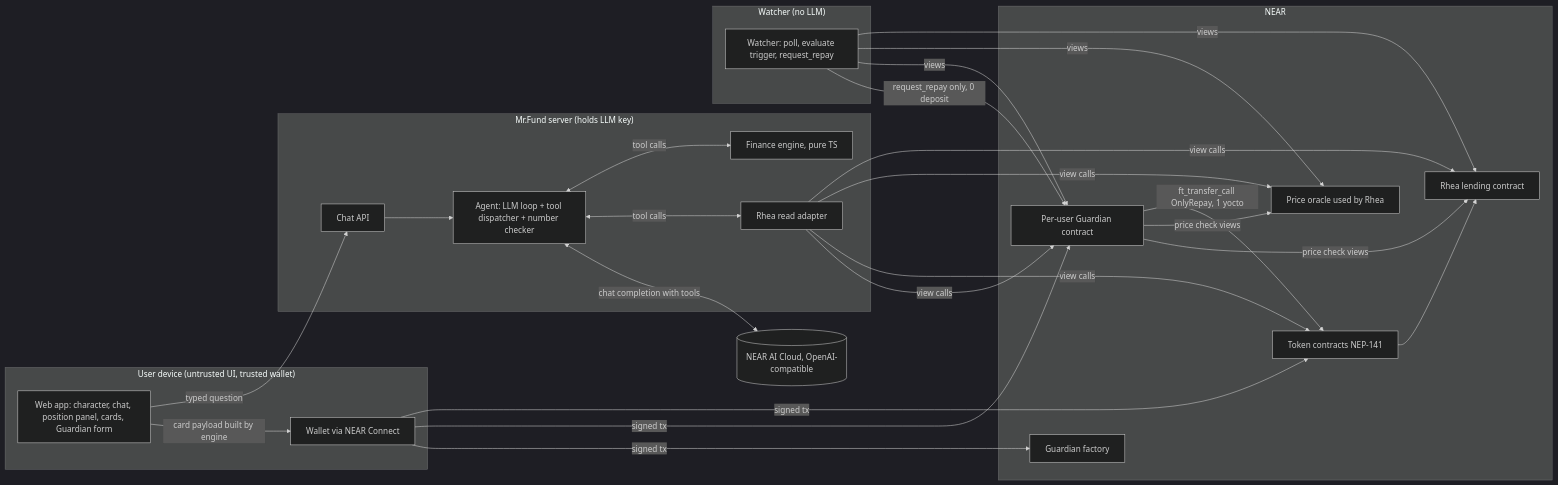
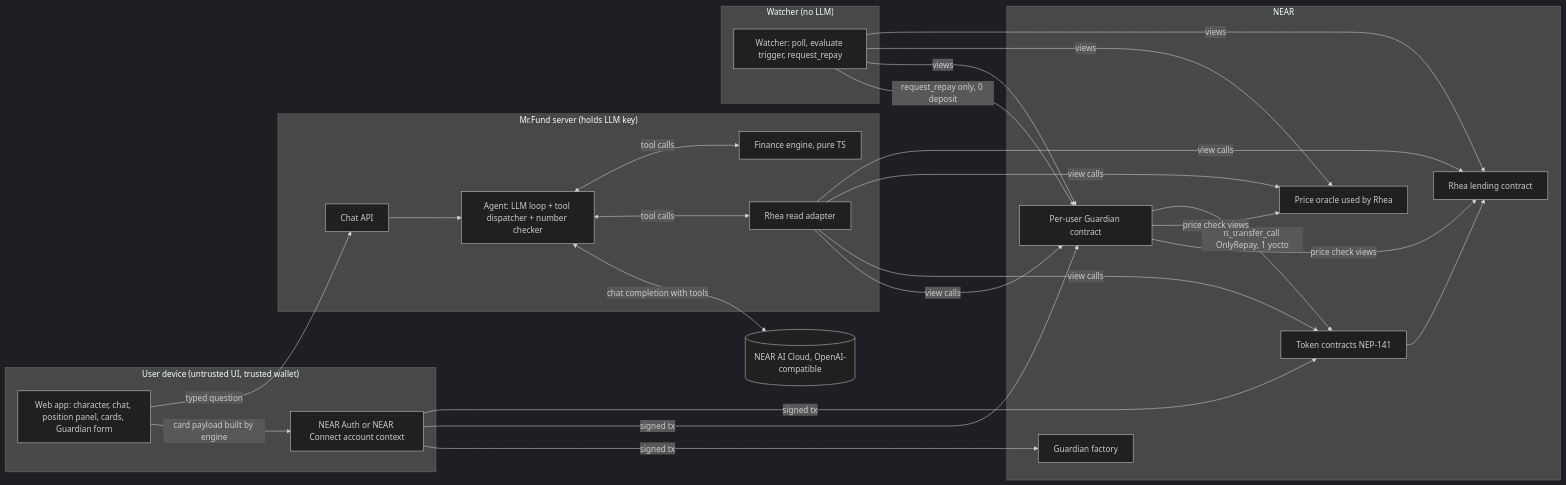
Before and after one commit to 0xlann/mr.fund: the first of 4 diagrams in docs/technical/ARCHITECTURE.md, drawn with Mermaid (dark theme). The commit also changed other lines of this file and 9 other files, not shown here.

First line of the commit message:
docs(auth): specify dual NEAR login and account isolation

````diff
--- a/docs/technical/ARCHITECTURE.md
+++ b/docs/technical/ARCHITECTURE.md
@@ -11,35 +11,35 @@
 ```mermaid
 flowchart LR
   subgraph Browser["User device (untrusted UI, trusted wallet)"]
     UI[Web app: character, chat, position panel, cards, Guardian form]
-    W[Wallet via NEAR Connect]
+    W[NEAR Auth or NEAR Connect account context]
   end
   subgraph Server["Mr.Fund server (holds LLM key)"]
     API[Chat API]
     AG[Agent: LLM loop + tool dispatcher + number checker]
     EN[Finance engine, pure TS]
     RA[Rhea read adapter]
   end
   subgraph Ops["Watcher (no LLM)"]
     WA[Watcher: poll, evaluate trigger, request_repay]
   end
   subgraph Chain["NEAR"]
     GF[Guardian factory]
     G[Per-user Guardian contract]
     R[Rhea lending contract]
     O[Price oracle used by Rhea]
     T[Token contracts NEP-141]
   end
   LLM[(NEAR AI Cloud, OpenAI-compatible)]
 
   UI -->|typed question| API --> AG
   AG <-->|tool calls| EN
   AG <-->|tool calls| RA
   AG <-->|chat completion with tools| LLM
   RA -->|view calls| R & O & T & G
   UI -->|card payload built by engine| W -->|signed tx| T & G & GF
   WA -->|views| R & O & G
   WA -->|request_repay only, 0 deposit| G
   G -->|ft_transfer_call OnlyRepay, 1 yocto| T --> R
   G -->|price check views| O & R
 ```
````
